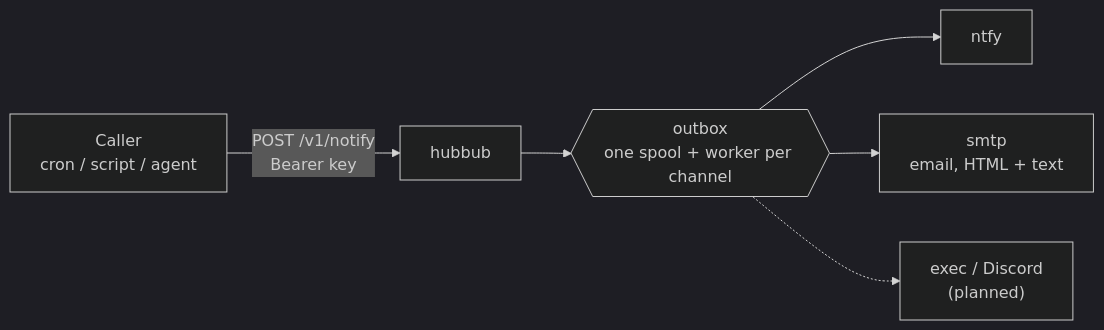
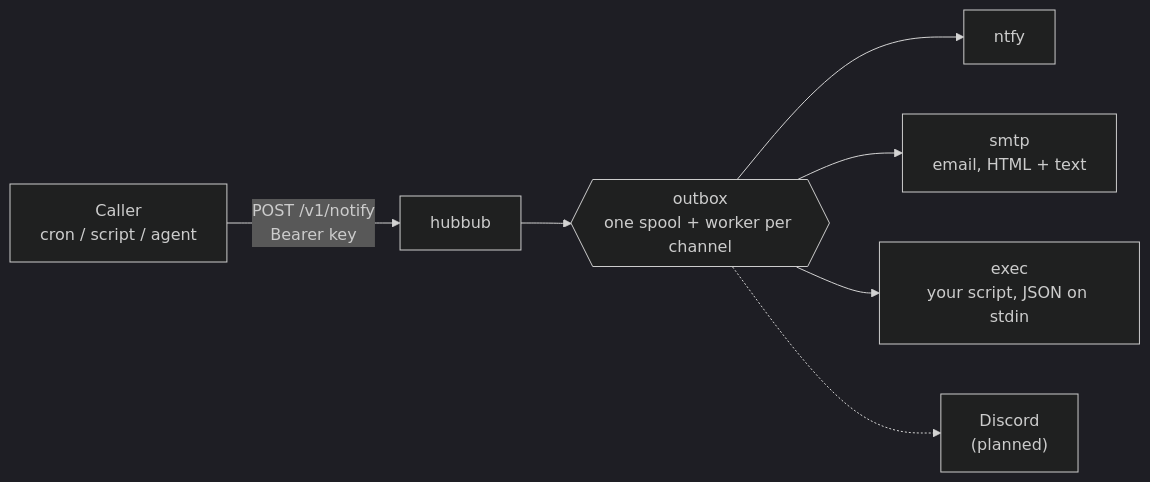
Before and after one commit to ryanlewis/hubbub: the diagram in README.md, drawn with Mermaid (dark theme). The commit also changed other lines of this file and 6 other files, not shown here.

````diff
--- a/README.md
+++ b/README.md
@@ -44,8 +44,9 @@
 ```mermaid
 flowchart LR
     A["Caller<br>cron / script / agent"] -->|"POST /v1/notify<br>Bearer key"| B[hubbub]
     B --> C{{outbox<br>one spool + worker per channel}}
     C --> D[ntfy]
     C --> E["smtp<br>email, HTML + text"]
-    C -.-> F["exec / Discord<br>(planned)"]
+    C --> F["exec<br>your script, JSON on stdin"]
+    C -.-> G["Discord<br>(planned)"]
 ```
````
